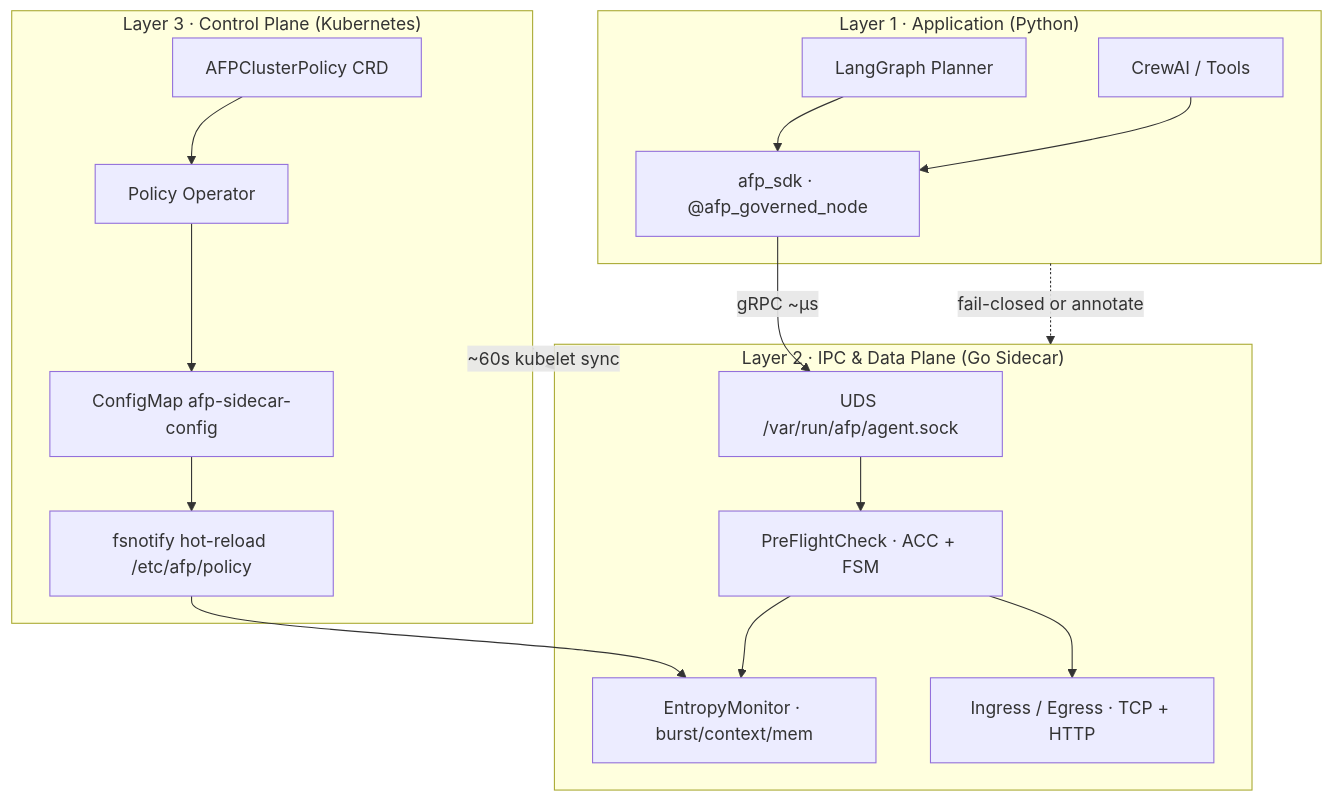
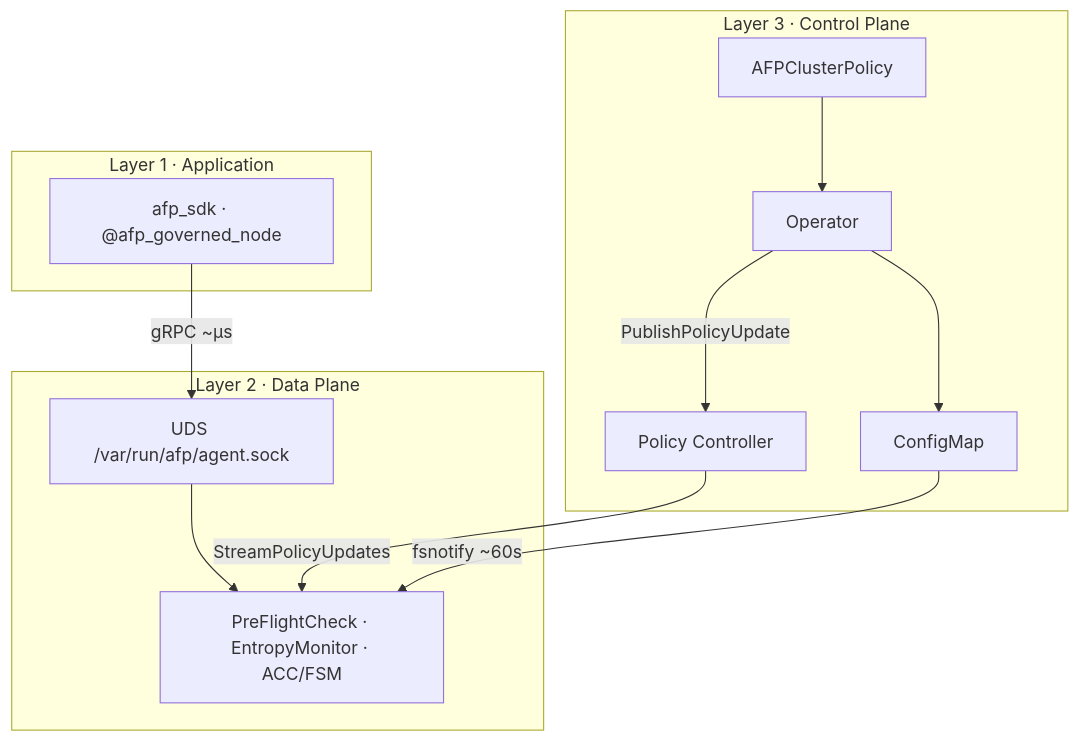
Before and after one commit to FilthyMudblood/aegis-fabric: the diagram in README.md, drawn with Mermaid. The commit also changed other lines of this file and 1 other file, not shown here.

````diff
--- a/README.md
+++ b/README.md
@@ -20,30 +139,22 @@
 ```mermaid
 flowchart TB
-  subgraph L1["Layer 1 · Application (Python)"]
-    LG["LangGraph Planner"]
-    CR["CrewAI / Tools"]
+  subgraph L1["Layer 1 · Application"]
     SDK["afp_sdk · @afp_governed_node"]
-    LG --> SDK
-    CR --> SDK
   end
-
-  subgraph L2["Layer 2 · IPC & Data Plane (Go Sidecar)"]
+  subgraph L2["Layer 2 · Data Plane"]
     UDS["UDS /var/run/afp/agent.sock"]
-    PF["PreFlightCheck · ACC + FSM"]
-    EM["EntropyMonitor · burst/context/mem"]
-    IN["Ingress / Egress · TCP + HTTP"]
-    SDK -->|"gRPC ~μs"| UDS --> PF --> EM
-    PF --> IN
+    SEA["PreFlightCheck · EntropyMonitor · ACC/FSM"]
+    SDK -->|"gRPC ~μs"| UDS --> SEA
   end
-
-  subgraph L3["Layer 3 · Control Plane (Kubernetes)"]
-    CRD["AFPClusterPolicy CRD"]
-    OP["Policy Operator"]
-    CM["ConfigMap afp-sidecar-config"]
-    HR["fsnotify hot-reload /etc/afp/policy"]
-    CRD --> OP --> CM --> HR --> EM
+  subgraph L3["Layer 3 · Control Plane"]
+    CRD["AFPClusterPolicy"]
+    OP["Operator"]
+    PC["Policy Controller"]
+    CM["ConfigMap"]
+    CRD --> OP
+    OP --> CM
+    OP -->|"PublishPolicyUpdate"| PC
+    PC -->|"StreamPolicyUpdates"| SEA
+    CM -->|"fsnotify ~60s"| SEA
   end
-
-  L1 -.->|"fail-closed or annotate"| L2
-  L3 -.->|"~60s kubelet sync"| L2
 ```
````
